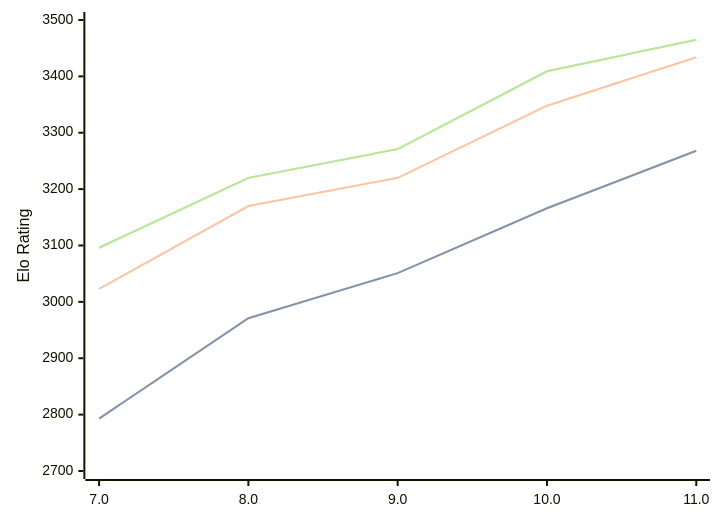
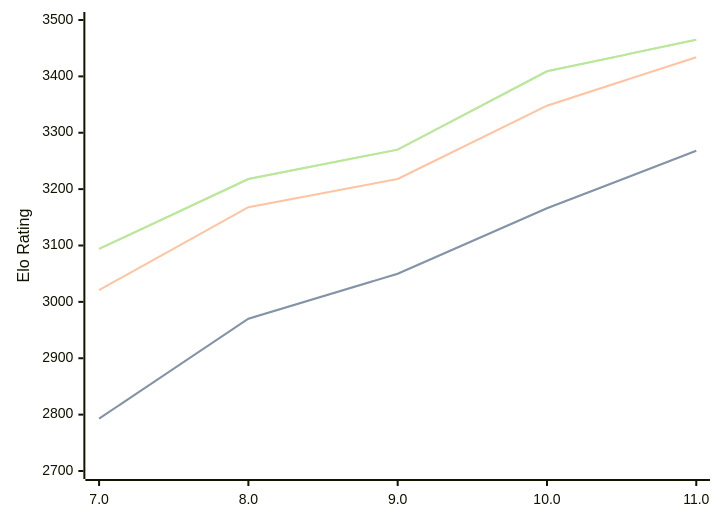
The diagram in engines/Tcheran.md (computer-chess-index/cci), drawn with Mermaid before and after one commit. The commit also changed other lines of this file, not shown here.

Commit message:
Update CCI Ratings (ELO VLTC) - 2026-03-23

````diff
--- a/engines/Tcheran.md
+++ b/engines/Tcheran.md
@@ -49,11 +49,11 @@
 ```mermaid
 %%{init: {"theme":"base","themeVariables":{"seriesColors:['#a3a3a3','#222221','#faa371']}}}%%
 xychart-beta
   x-axis ["7.0", "8.0", "9.0", "10.0", "11.0"]
   y-axis "Elo Rating" 2700 --> 3500
-  line "STC (8.0+0.08s)" [2793, 2971, 3051, 3166, 3268]
-  line "STC (8.0+0.08s)" [2793, 2971, 3051, 3166, 3268]
-  line "LTC (60.0+0.60s)" [3023, 3170, 3220, 3348, 3434]
-  line "VLTC (2m24s+1.12s)" [3096, 3220, 3271, 3409, 3465]
-  line "VLTC (2m24s+1.12s)" [3096, 3220, 3271, 3409, 3465]
+  line "STC (8.0+0.08s)" [2793, 2970, 3050, 3166, 3268]
+  line "STC (8.0+0.08s)" [2793, 2970, 3050, 3166, 3268]
+  line "LTC (60.0+0.60s)" [3021, 3168, 3218, 3348, 3434]
+  line "VLTC (2m24s+1.12s)" [3094, 3218, 3270, 3409, 3465]
+  line "VLTC (2m24s+1.12s)" [3094, 3218, 3270, 3409, 3465]
 ```
````
